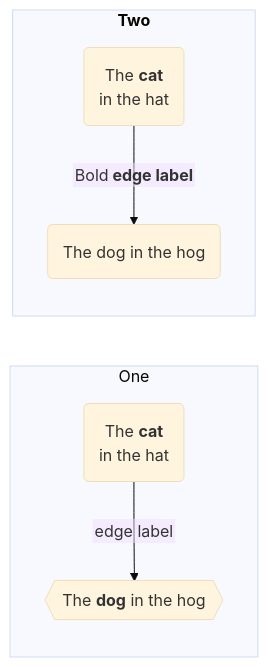
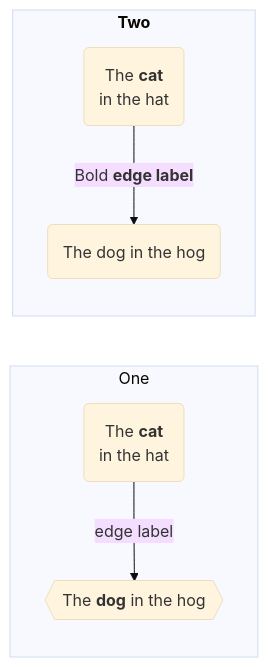
The fifth of 27 diagrams in source/_posts/学习记录.md (Clown119/ClownK_Blog), drawn with Mermaid (base theme) before and after one commit. The commit also changed other lines of this file and 3 other files, not shown here.

````diff
--- a/source/_posts/学习记录.md
+++ b/source/_posts/学习记录.md
@@ -251,14 +251,13 @@
 ```mermaid
 
-%%{init: {"flowchart": {"htmlLabels": false}} }%%
 flowchart LR
 subgraph "One"
   a("`The **cat**
   in the hat`") -- "edge label" --> b{{"`The **dog** in the hog`"}}
 end
 subgraph "`**Two**`"
   c("`The **cat**
   in the hat`") -- "`Bold **edge label**`" --> d("The dog in the hog")
 end
 
 ```
````
